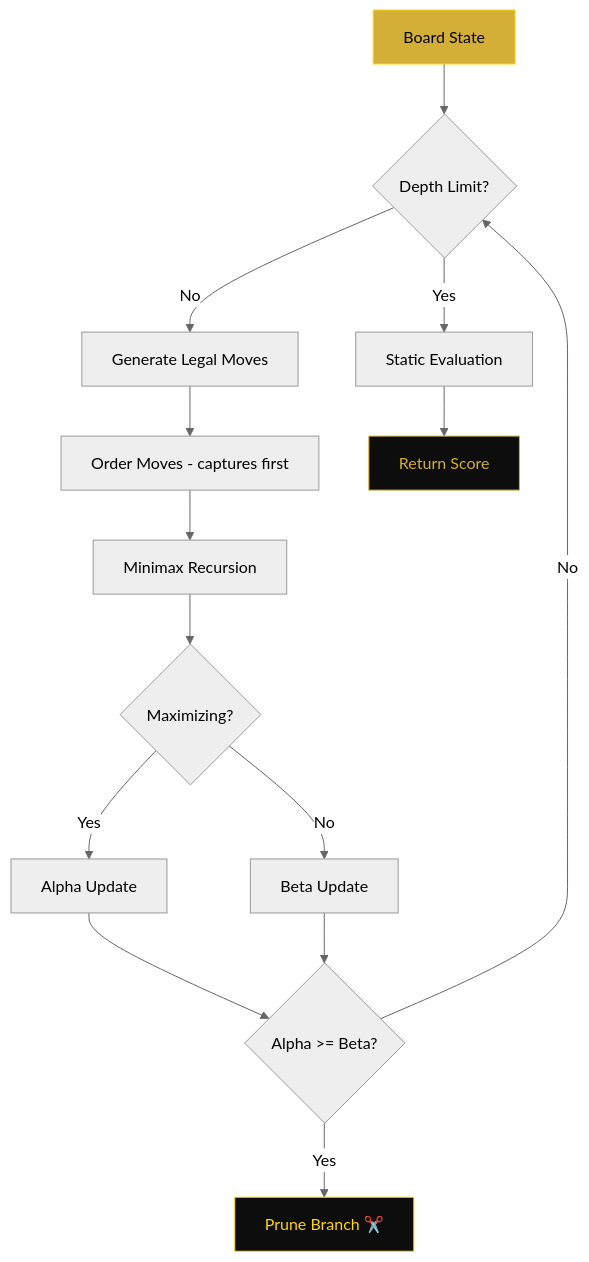
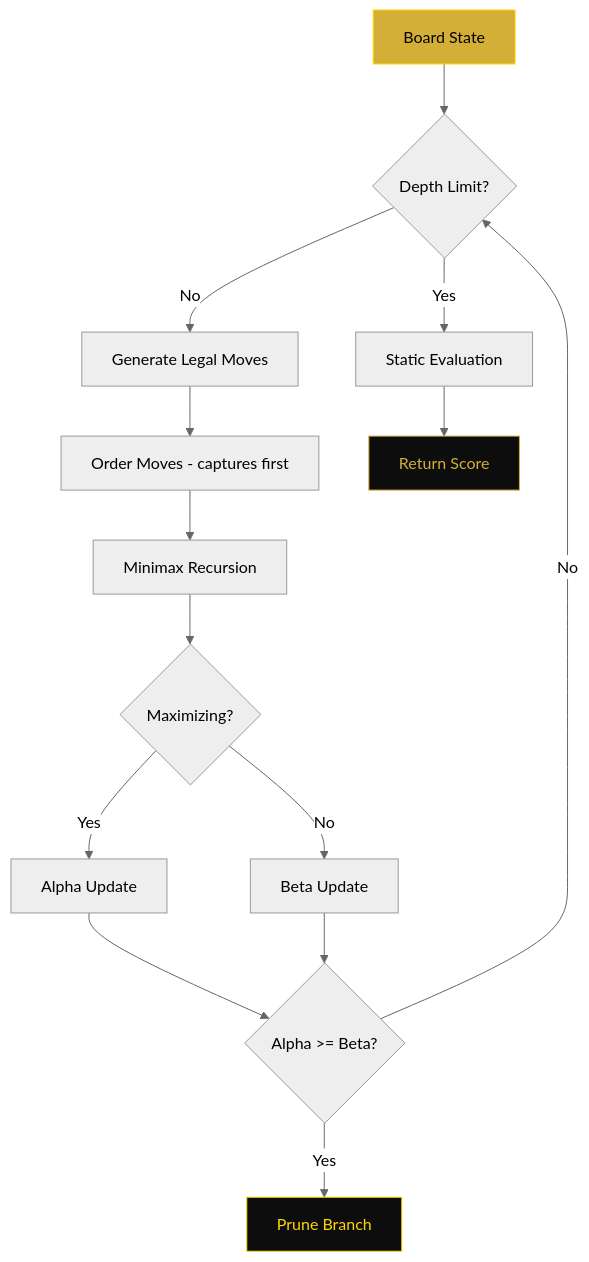
One commit to yashu440/yashu440 changed the first of 2 diagrams in README.md. Above: the diagram before and after it, drawn with Mermaid (neutral theme). The commit also changed other lines of this file, not shown here.

````diff
--- a/README.md
+++ b/README.md
@@ -240,20 +240,20 @@
 ```mermaid
 flowchart TD
     A[Board State] --> B{Depth Limit?}
     B -- No --> C[Generate Legal Moves]
     C --> D[Order Moves - captures first]
     D --> E[Minimax Recursion]
     E --> F{Maximizing?}
     F -- Yes --> G[Alpha Update]
     F -- No --> H[Beta Update]
     G --> I{Alpha >= Beta?}
     H --> I
-    I -- Yes --> J[Prune Branch ✂️]
+    I -- Yes --> J[Prune Branch ]
     I -- No --> B
     B -- Yes --> K[Static Evaluation]
     K --> L[Return Score]
 
     style A fill:#D4AF37,stroke:#FFD700,color:#000
     style J fill:#0D0D0D,stroke:#FFD700,color:#FFD700
     style L fill:#0D0D0D,stroke:#D4AF37,color:#D4AF37
 ```
````
